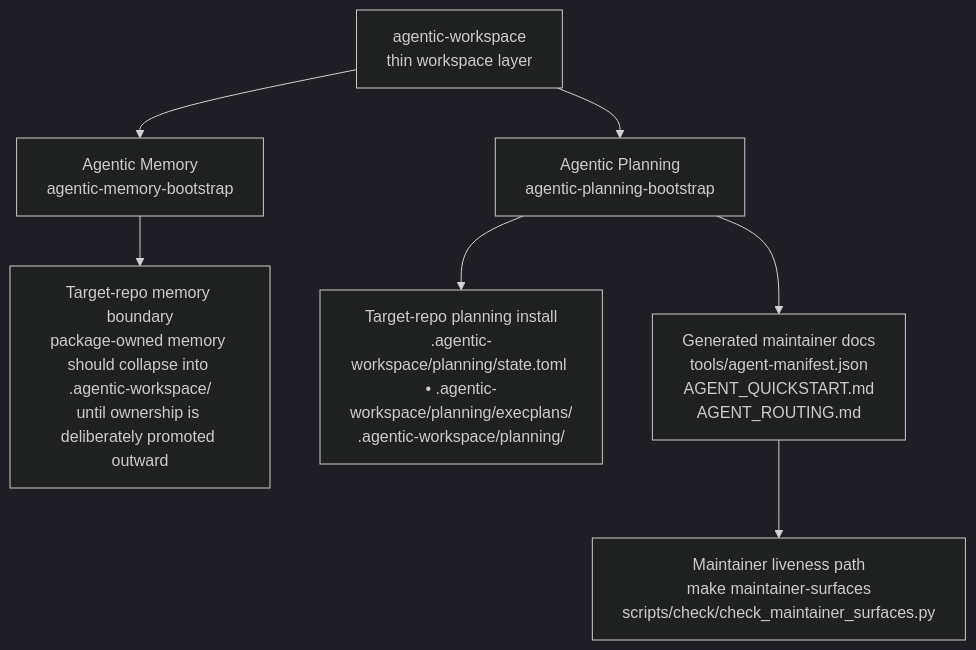
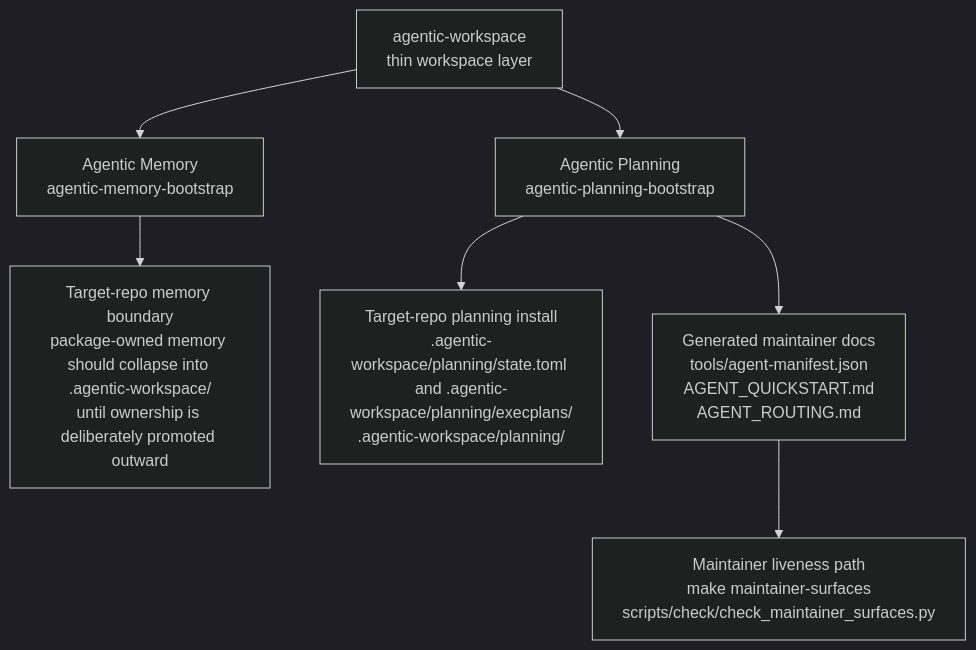
The diagram in docs/architecture.md (rickardvh/agentic-workspace), drawn with Mermaid (dark theme) before and after one commit. The commit also changed other lines of this file and 41 other files, not shown here.

````diff
--- a/docs/architecture.md
+++ b/docs/architecture.md
@@ -9,9 +9,9 @@
 ```mermaid
 flowchart TD
     W[agentic-workspace\nthin workspace layer] --> M[Agentic Memory\nagentic-memory-bootstrap]
     W --> P[Agentic Planning\nagentic-planning-bootstrap]
-    P --> R[Target-repo planning install\n.agentic-workspace/planning/state.toml • .agentic-workspace/planning/execplans/\n.agentic-workspace/planning/]
+    P --> R[Target-repo planning install\n.agentic-workspace/planning/state.toml and .agentic-workspace/planning/execplans/\n.agentic-workspace/planning/]
     M --> N[Target-repo memory boundary\npackage-owned memory should collapse into .agentic-workspace/\nuntil ownership is deliberately promoted outward]
     P --> G[Generated maintainer docs\ntools/agent-manifest.json\nAGENT_QUICKSTART.md\nAGENT_ROUTING.md]
     G --> C[Maintainer liveness path\nmake maintainer-surfaces\nscripts/check/check_maintainer_surfaces.py]
 ```
````
